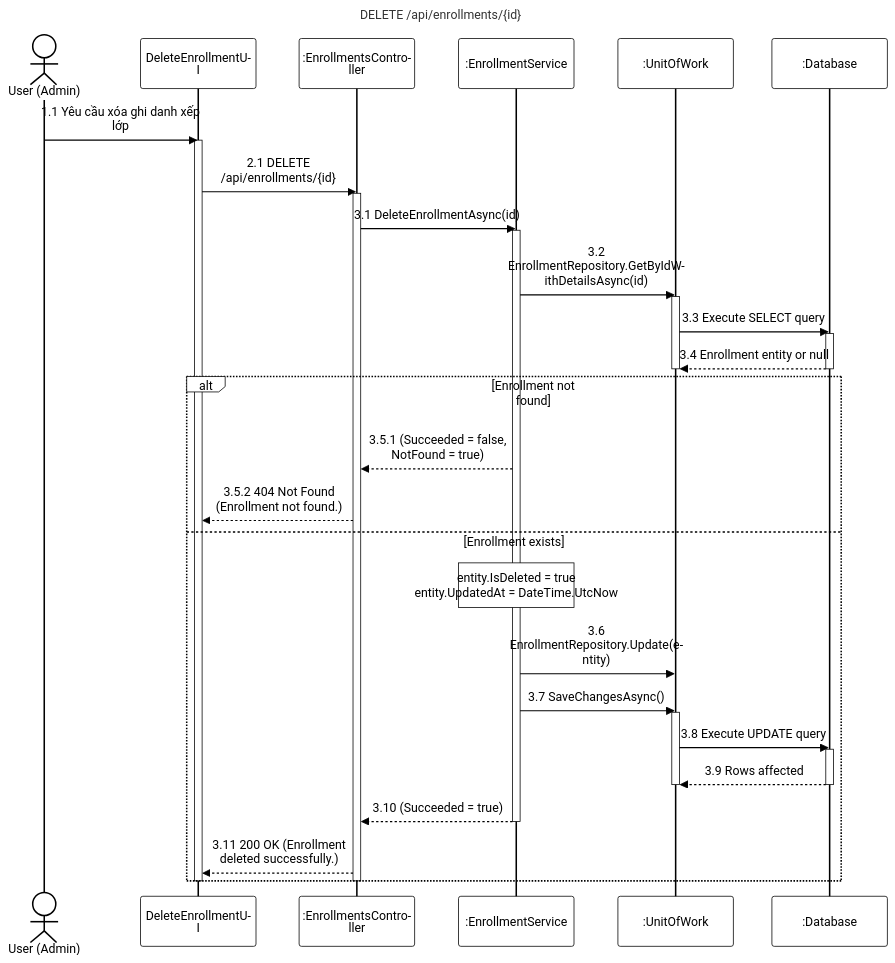
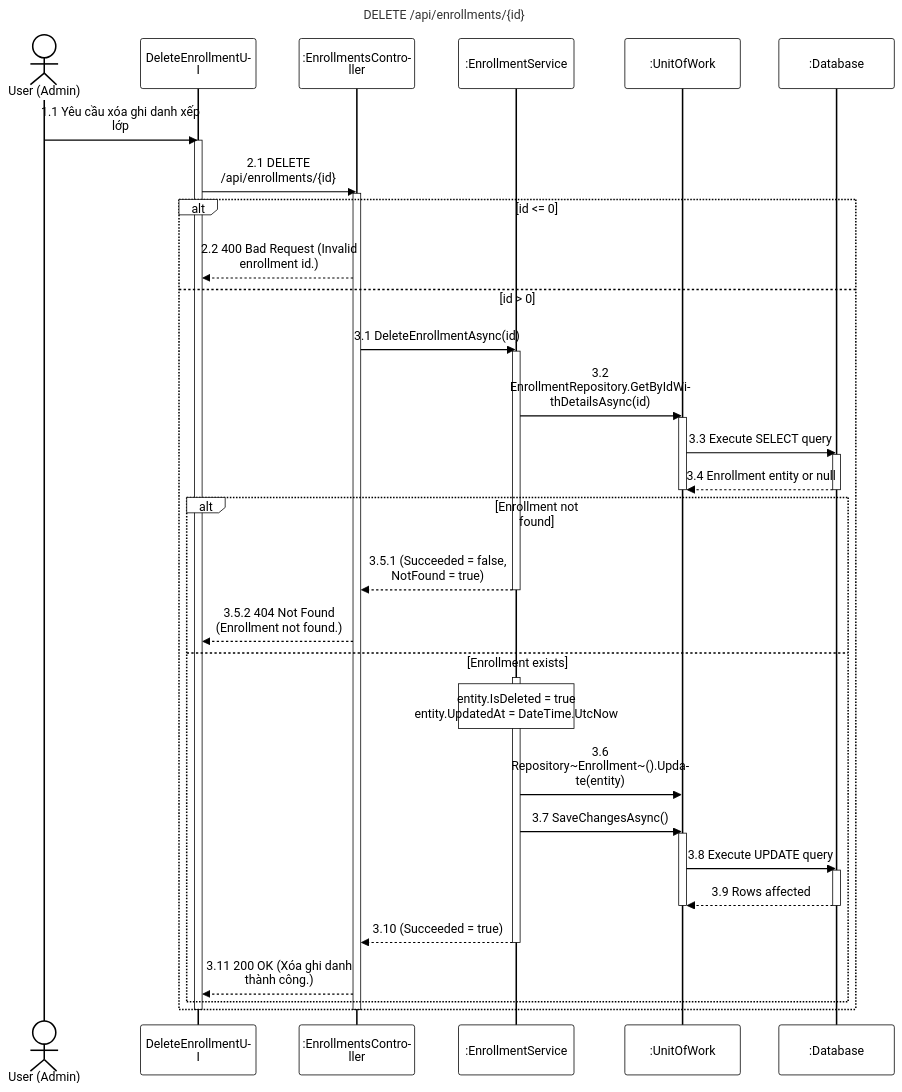
One commit to PhucAnDev/docx-diagram changed the diagram in 06-child-profile-enrollment/sequence-diagram/apis/delete-enrollment.mmd. Above: the diagram before and after it, drawn with Mermaid. The commit also changed 3 other files, not shown here.

Commit message:
fix: update approve-enrollment.mmd and delete-enrollment.mmd with correct repository calls, validations, error messages, and activations

```diff
--- a/06-child-profile-enrollment/sequence-diagram/apis/delete-enrollment.mmd
+++ b/06-child-profile-enrollment/sequence-diagram/apis/delete-enrollment.mmd
@@ -1,47 +1,53 @@
 %%{init: {'theme':'base', 'themeVariables': {'actorBkg':'#ffffff','actorBorder':'#000000','actorTextColor':'#000000','actorLineColor':'#000000','signalColor':'#000000','signalTextColor':'#000000','labelBoxBkgColor':'#ffffff','labelBoxBorderColor':'#000000','labelTextColor':'#000000','loopTextColor':'#000000','noteBkgColor':'#ffffff','noteBorderColor':'#000000','noteTextColor':'#000000','activationBorderColor':'#000000','activationBkgColor':'#ffffff','sequenceNumberColor':'#000000'}, 'sequence': {'width':150,'height':65,'actorFontSize':16,'messageFontSize':16,'wrap':true,'wrapPadding':10}}}%%
 sequenceDiagram
     title DELETE /api/enrollments/{id}
     actor User as User (Admin)
     participant UI as DeleteEnrollmentUI
     participant Endpoint as :EnrollmentsController
     participant Service as :EnrollmentService
     participant DB as :UnitOfWork
     participant Database as :Database
 
     User->>UI: 1.1 Yêu cầu xóa ghi danh xếp lớp
     activate UI
     UI->>Endpoint: 2.1 DELETE /api/enrollments/{id}
     activate Endpoint
 
-    Endpoint->>Service: 3.1 DeleteEnrollmentAsync(id)
-    activate Service
+    alt id <= 0
+        Endpoint-->>UI: 2.2 400 Bad Request (Invalid enrollment id.)
+    else id > 0
+        Endpoint->>Service: 3.1 DeleteEnrollmentAsync(id)
+        activate Service
 
-    Service->>DB: 3.2 EnrollmentRepository.GetByIdWithDetailsAsync(id)
-    activate DB
-    DB->>Database: 3.3 Execute SELECT query
-    activate Database
-    Database-->>DB: 3.4 Enrollment entity or null
-    deactivate Database
-    deactivate DB
-
-    alt Enrollment not found
-        Service-->>Endpoint: 3.5.1 (Succeeded = false, NotFound = true)
-        Endpoint-->>UI: 3.5.2 404 Not Found (Enrollment not found.)
-    else Enrollment exists
-        note over Service: entity.IsDeleted = true<br/>entity.UpdatedAt = DateTime.UtcNow
-        
-        Service->>DB: 3.6 EnrollmentRepository.Update(entity)
-        Service->>DB: 3.7 SaveChangesAsync()
+        Service->>DB: 3.2 EnrollmentRepository.GetByIdWithDetailsAsync(id)
         activate DB
-        DB->>Database: 3.8 Execute UPDATE query
+        DB->>Database: 3.3 Execute SELECT query
         activate Database
-        Database-->>DB: 3.9 Rows affected
+        Database-->>DB: 3.4 Enrollment entity or null
         deactivate Database
         deactivate DB
 
-        Service-->>Endpoint: 3.10 (Succeeded = true)
-        deactivate Service
-        Endpoint-->>UI: 3.11 200 OK (Enrollment deleted successfully.)
+        alt Enrollment not found
+            Service-->>Endpoint: 3.5.1 (Succeeded = false, NotFound = true)
+            deactivate Service
+            Endpoint-->>UI: 3.5.2 404 Not Found (Enrollment not found.)
+        else Enrollment exists
+            activate Service
+            note over Service: entity.IsDeleted = true<br/>entity.UpdatedAt = DateTime.UtcNow
+            
+            Service->>DB: 3.6 Repository~Enrollment~().Update(entity)
+            Service->>DB: 3.7 SaveChangesAsync()
+            activate DB
+            DB->>Database: 3.8 Execute UPDATE query
+            activate Database
+            Database-->>DB: 3.9 Rows affected
+            deactivate Database
+            deactivate DB
+
+            Service-->>Endpoint: 3.10 (Succeeded = true)
+            deactivate Service
+            Endpoint-->>UI: 3.11 200 OK (Xóa ghi danh thành công.)
+        end
     end
     deactivate Endpoint
     deactivate UI
```
